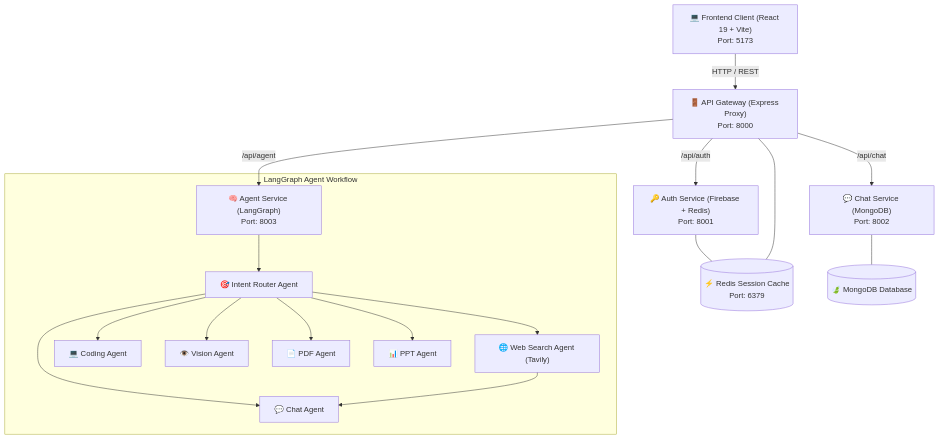
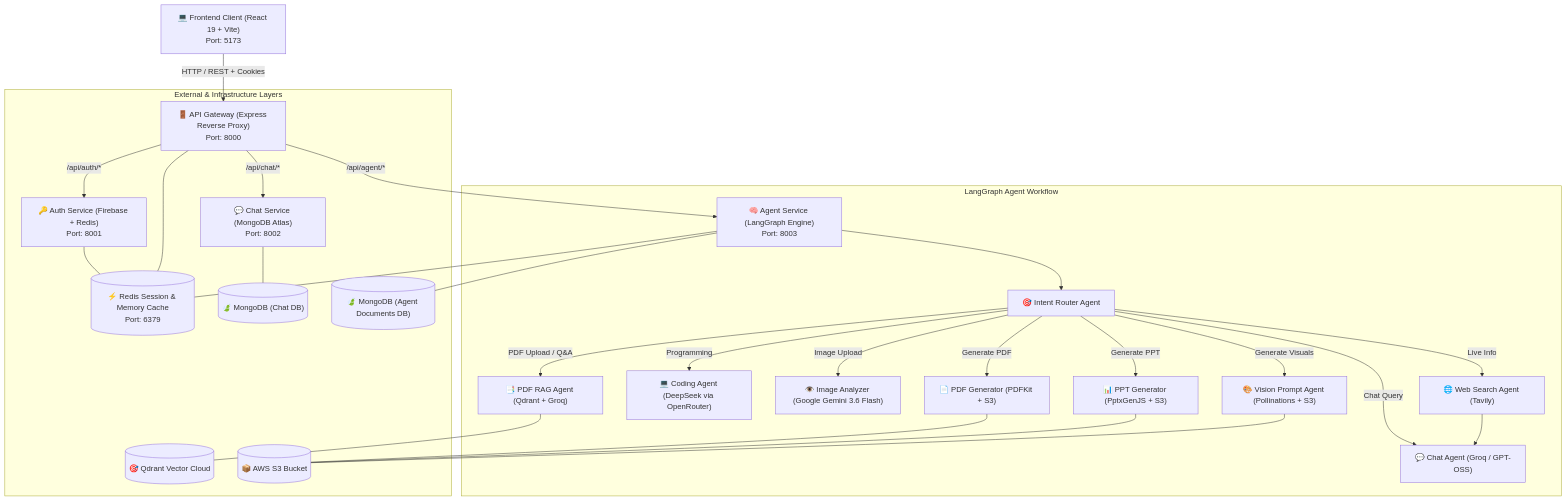
Before and after one commit to dev-Sujan4/Jett-AI-Multi-Agent-AI-platform-: the diagram in README.md, drawn with Mermaid. The commit also changed other lines of this file, not shown here.

````diff
--- a/README.md
+++ b/README.md
@@ -25,23 +32,33 @@
 ```mermaid
 graph TD
-    Client["💻 Frontend Client (React 19 + Vite)<br/>Port: 5173"] -->|HTTP / REST| Gateway["🚪 API Gateway (Express Proxy)<br/>Port: 8000"]
+    Client["💻 Frontend Client (React 19 + Vite)<br/>Port: 5173"] -->|HTTP / REST + Cookies| Gateway["🚪 API Gateway (Express Reverse Proxy)<br/>Port: 8000"]
 
-    Gateway -->|/api/auth| AuthSvc["🔑 Auth Service (Firebase + Redis)<br/>Port: 8001"]
-    Gateway -->|/api/chat| ChatSvc["💬 Chat Service (MongoDB)<br/>Port: 8002"]
-    Gateway -->|/api/agent| AgentSvc["🧠 Agent Service (LangGraph)<br/>Port: 8003"]
+    Gateway -->|/api/auth/*| AuthSvc["🔑 Auth Service (Firebase + Redis)<br/>Port: 8001"]
+    Gateway -->|/api/chat/*| ChatSvc["💬 Chat Service (MongoDB Atlas)<br/>Port: 8002"]
+    Gateway -->|/api/agent/*| AgentSvc["🧠 Agent Service (LangGraph Engine)<br/>Port: 8003"]
 
     subgraph "LangGraph Agent Workflow"
         AgentSvc --> Router["🎯 Intent Router Agent"]
-        Router --> ChatAgent["💬 Chat Agent"]
-        Router --> SearchAgent["🌐 Web Search Agent (Tavily)"]
-        Router --> CodingAgent["💻 Coding Agent"]
-        Router --> VisionAgent["👁️ Vision Agent"]
-        Router --> PDFAgent["📄 PDF Agent"]
-        Router --> PPTAgent["📊 PPT Agent"]
+        Router -->|Chat Query| ChatAgent["💬 Chat Agent (Groq / GPT-OSS)"]
+        Router -->|Live Info| SearchAgent["🌐 Web Search Agent (Tavily)"]
+        Router -->|Programming| CodingAgent["💻 Coding Agent (DeepSeek via OpenRouter)"]
+        Router -->|Image Upload| ImgAnalyzer["👁️ Image Analyzer (Google Gemini 3.6 Flash)"]
+        Router -->|PDF Upload / Q&A| PDFRag["📑 PDF RAG Agent (Qdrant + Groq)"]
+        Router -->|Generate PDF| PDFAgent["📄 PDF Generator (PDFKit + S3)"]
+        Router -->|Generate PPT| PPTAgent["📊 PPT Generator (PptxGenJS + S3)"]
+        Router -->|Generate Visuals| VisionAgent["🎨 Vision Prompt Agent (Pollinations + S3)"]
         SearchAgent --> ChatAgent
     end
 
-    AuthSvc --- Redis[("⚡ Redis Session Cache<br/>Port: 6379")]
-    Gateway --- Redis
-    ChatSvc --- MongoDB[("🍃 MongoDB Database")]
+    subgraph "External & Infrastructure Layers"
+        AuthSvc --- Redis[("⚡ Redis Session & Memory Cache<br/>Port: 6379")]
+        Gateway --- Redis
+        AgentSvc --- Redis
+        ChatSvc --- MongoChat[("🍃 MongoDB (Chat DB)")]
+        AgentSvc --- MongoAgent[("🍃 MongoDB (Agent Documents DB)")]
+        PDFRag --- Qdrant[("🎯 Qdrant Vector Cloud")]
+        PDFAgent --- S3[("📦 AWS S3 Bucket")]
+        PPTAgent --- S3
+        VisionAgent --- S3
+    end
 ```
````
